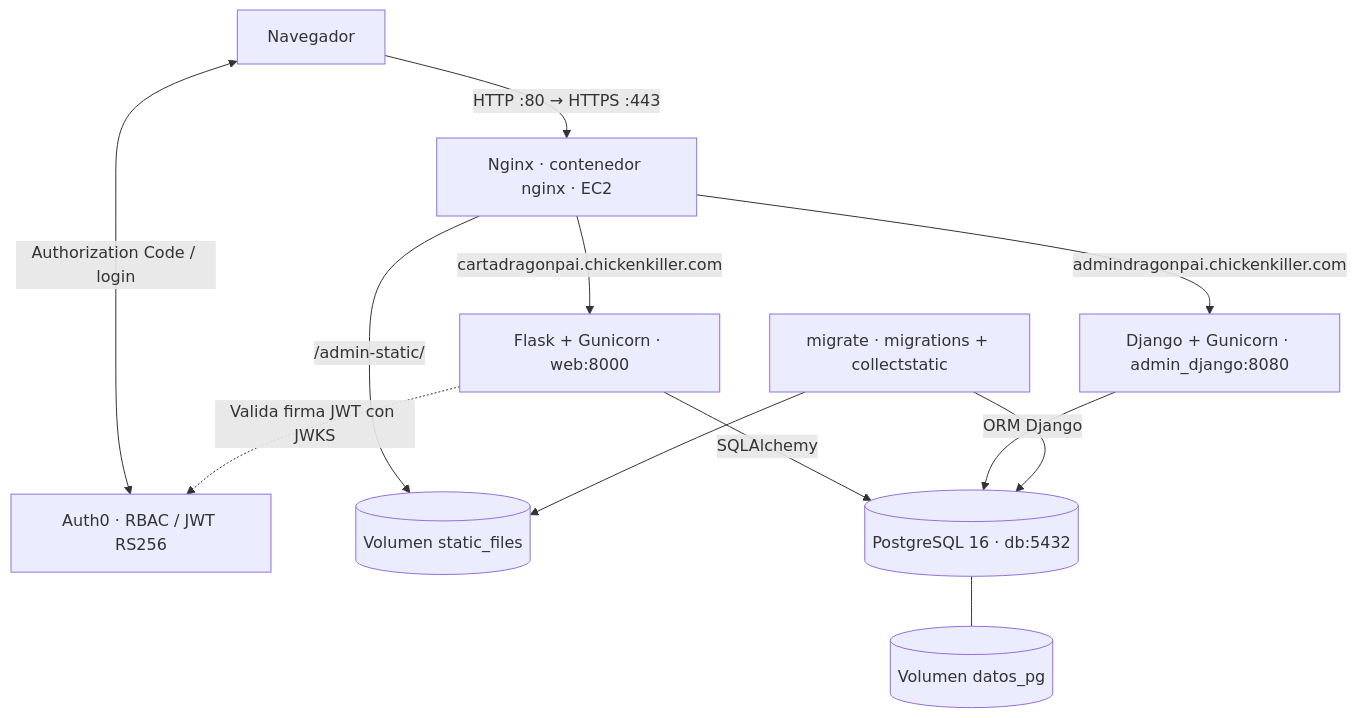
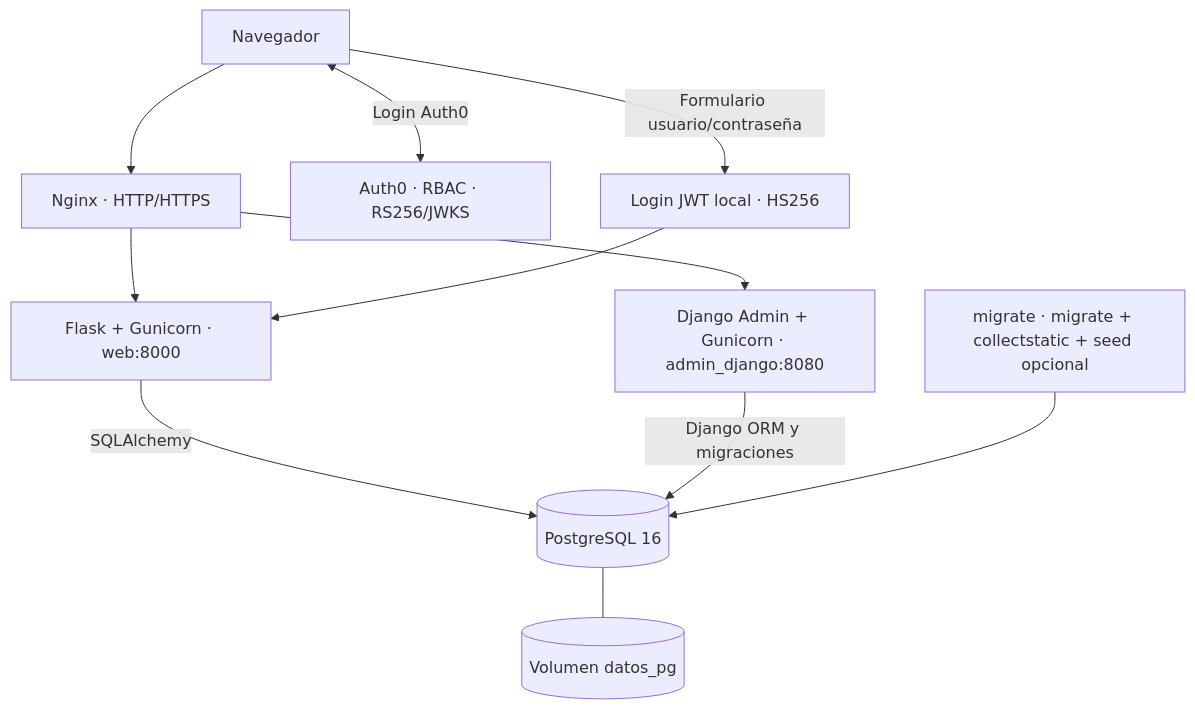
The diagram in README.md (Andress-Mallea/Todo-App-P1), drawn with Mermaid before and after one commit. The commit also changed other lines of this file, not shown here.

````diff
--- a/README.md
+++ b/README.md
@@ -18,14 +21,13 @@
 ```mermaid
 flowchart TD
-    B["Navegador"] -->|"HTTP :80 → HTTPS :443"| N["Nginx · contenedor nginx · EC2"]
-    B <-->|"Authorization Code / login"| A["Auth0 · RBAC / JWT RS256"]
-    N -->|"cartadragonpai.chickenkiller.com"| F["Flask + Gunicorn · web:8000"]
-    N -->|"admindragonpai.chickenkiller.com"| D["Django + Gunicorn · admin_django:8080"]
-    N -->|"/admin-static/"| S[("Volumen static_files")]
-    F -->|"SQLAlchemy"| P[("PostgreSQL 16 · db:5432")]
-    D -->|"ORM Django"| P
-    M["migrate · migrations + collectstatic"] --> P
-    M --> S
-    P --- V[("Volumen datos_pg")]
-    F -. "Valida firma JWT con JWKS" .-> A
+    B[Navegador] --> N[Nginx · HTTP/HTTPS]
+    B <-->|Login Auth0| A[Auth0 · RBAC · RS256/JWKS]
+    B -->|Formulario usuario/contraseña| L[Login JWT local · HS256]
+    N --> F[Flask + Gunicorn · web:8000]
+    N --> D[Django Admin + Gunicorn · admin_django:8080]
+    L --> F
+    F -->|SQLAlchemy| P[(PostgreSQL 16)]
+    D -->|Django ORM y migraciones| P
+    M[migrate · migrate + collectstatic + seed opcional] --> P
+    P --- V[(Volumen datos_pg)]
 ```
````
